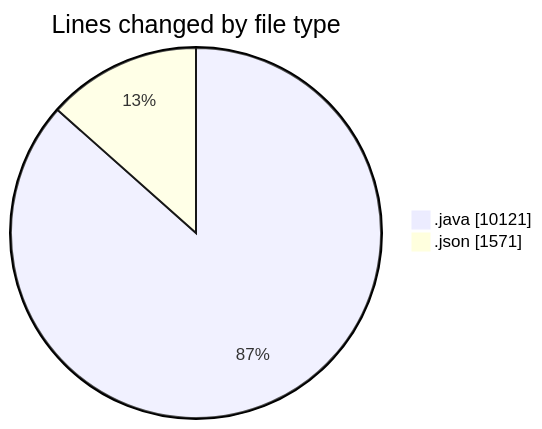
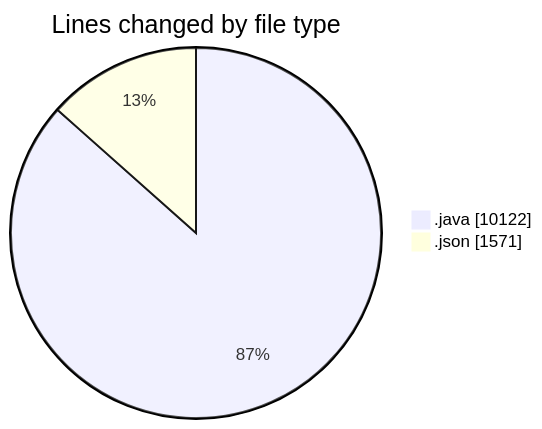
One commit to ricardozamudiocil/code-tracking changed the first of 2 diagrams in 2026-09-03/cilapp/README.md. Above: the diagram before and after it, drawn with Mermaid. The commit also changed other lines of this file and 1 other file, not shown here.

````diff
--- a/2026-09-03/cilapp/README.md
+++ b/2026-09-03/cilapp/README.md
@@ -25,6 +25,6 @@
 ```mermaid
 pie showData
 title Lines changed by file type
-".java" : 10121
+".java" : 10122
 ".json" : 1571
 ```
````
